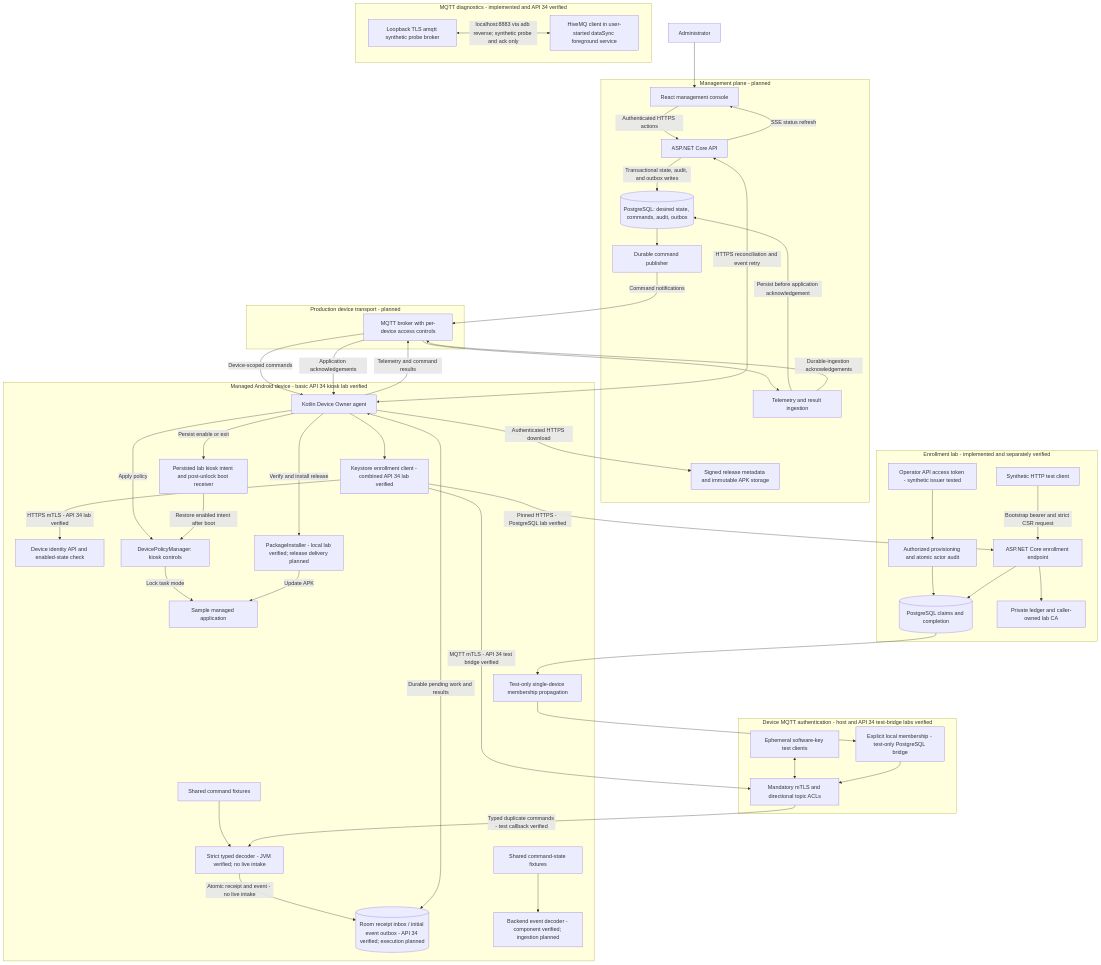
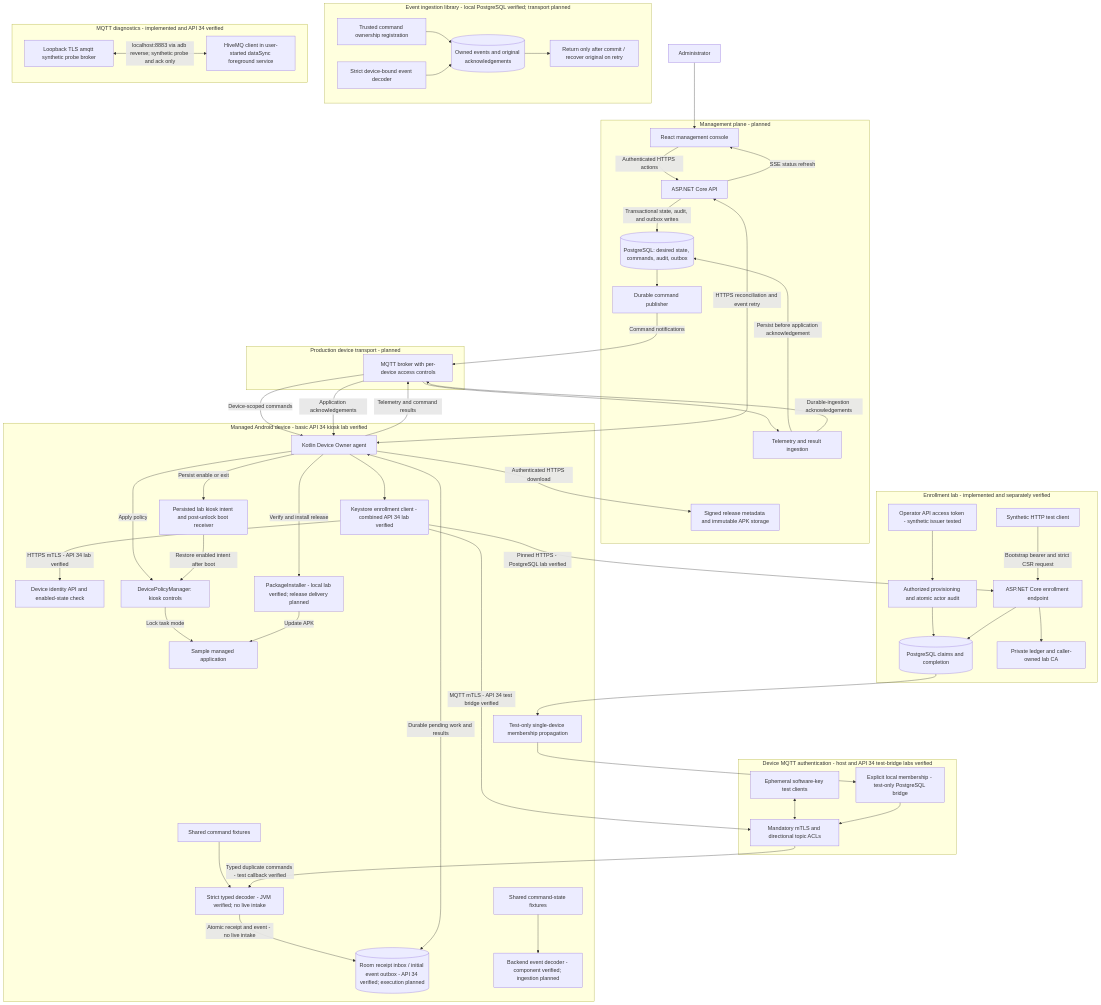
Before and after one commit to michaelnwanna/custom-android-mdm-agent: the diagram in README.md, drawn with Mermaid. The commit also changed other lines of this file and 441 other files, not shown here.

Commit message:
Persist owned command events with recoverable durable acknowledgements

````diff
--- a/README.md
+++ b/README.md
@@ -61,6 +63,12 @@
 ```mermaid
 flowchart TB
 	Admin[Administrator]
+
+	subgraph EventLibrary["Event ingestion library - local PostgreSQL verified; transport planned"]
+		OwnedCommands[Trusted command ownership registration] --> EventStore[(Owned events and original acknowledgements)]
+		EventDecode[Strict device-bound event decoder] --> EventStore
+		EventStore --> RecoveredAck[Return only after commit / recover original on retry]
+	end
 
 	subgraph EnrollmentLab["Enrollment lab - implemented and separately verified"]
 		EnrollmentClient[Synthetic HTTP test client]
````
